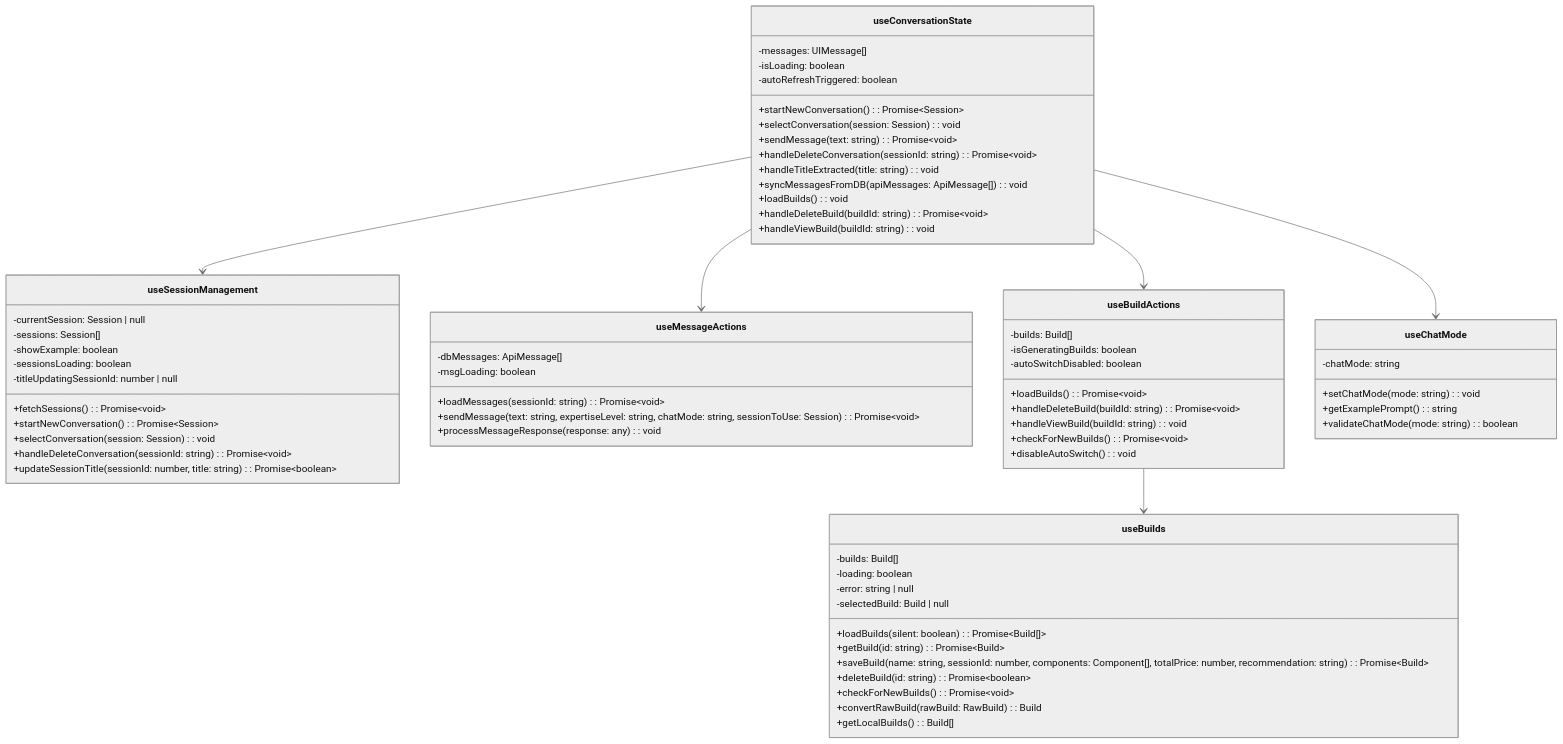
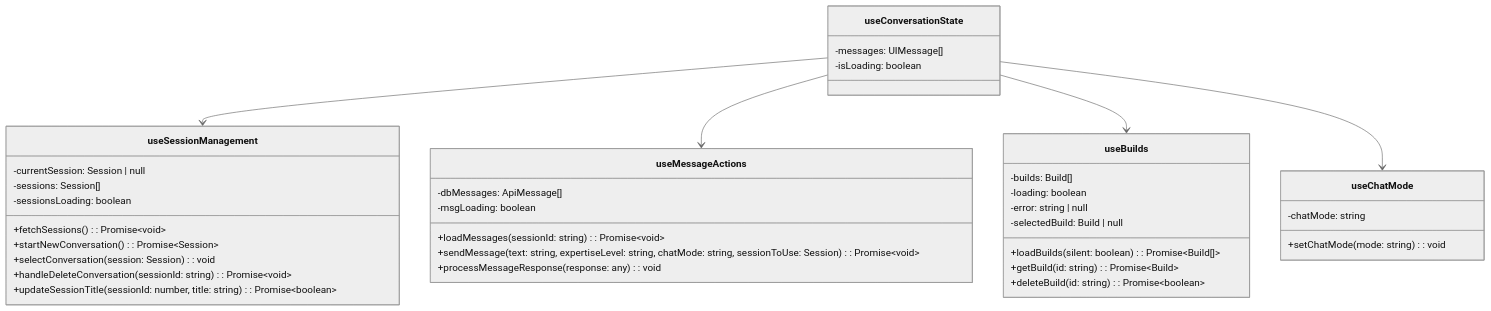
One commit to p0pular131/askspec-chat-assistant changed the seventh of 19 diagrams in docs/design-specification.md. Above: the diagram before and after it, drawn with Mermaid (neutral theme).

Commit message:
hooks diagram 수정

````diff
--- a/docs/design-specification.md
+++ b/docs/design-specification.md
@@ -409,76 +409,46 @@
 ```mermaid
 classDiagram
     class useConversationState {
         -messages: UIMessage[]
         -isLoading: boolean
-        -autoRefreshTriggered: boolean
-        +startNewConversation(): Promise~Session~
-        +selectConversation(session: Session): void
-        +sendMessage(text: string): Promise~void~
-        +handleDeleteConversation(sessionId: string): Promise~void~
-        +handleTitleExtracted(title: string): void
-        +syncMessagesFromDB(apiMessages: ApiMessage[]): void
-        +loadBuilds(): void
-        +handleDeleteBuild(buildId: string): Promise~void~
-        +handleViewBuild(buildId: string): void
     }
 
     class useSessionManagement {
         -currentSession: Session | null
         -sessions: Session[]
-        -showExample: boolean
         -sessionsLoading: boolean
-        -titleUpdatingSessionId: number | null
         +fetchSessions(): Promise~void~
         +startNewConversation(): Promise~Session~
         +selectConversation(session: Session): void
         +handleDeleteConversation(sessionId: string): Promise~void~
         +updateSessionTitle(sessionId: number, title: string): Promise~boolean~
     }
 
     class useMessageActions {
         -dbMessages: ApiMessage[]
         -msgLoading: boolean
         +loadMessages(sessionId: string): Promise~void~
         +sendMessage(text: string, expertiseLevel: string, chatMode: string, sessionToUse: Session): Promise~void~
         +processMessageResponse(response: any): void
     }
 
-    class useBuildActions {
-        -builds: Build[]
-        -isGeneratingBuilds: boolean
-        -autoSwitchDisabled: boolean
-        +loadBuilds(): Promise~void~
-        +handleDeleteBuild(buildId: string): Promise~void~
-        +handleViewBuild(buildId: string): void
-        +checkForNewBuilds(): Promise~void~
-        +disableAutoSwitch(): void
-    }
-
     class useBuilds {
         -builds: Build[]
         -loading: boolean
         -error: string | null
         -selectedBuild: Build | null
         +loadBuilds(silent: boolean): Promise~Build[]~
         +getBuild(id: string): Promise~Build~
-        +saveBuild(name: string, sessionId: number, components: Component[], totalPrice: number, recommendation: string): Promise~Build~
         +deleteBuild(id: string): Promise~boolean~
-        +checkForNewBuilds(): Promise~void~
-        +convertRawBuild(rawBuild: RawBuild): Build
-        +getLocalBuilds(): Build[]
     }
 
     class useChatMode {
         -chatMode: string
         +setChatMode(mode: string): void
-        +getExamplePrompt(): string
-        +validateChatMode(mode: string): boolean
     }
 
     useConversationState --> useSessionManagement
     useConversationState --> useMessageActions
-    useConversationState --> useBuildActions
+    useConversationState --> useBuilds
     useConversationState --> useChatMode
-    useBuildActions --> useBuilds
 ```
````
